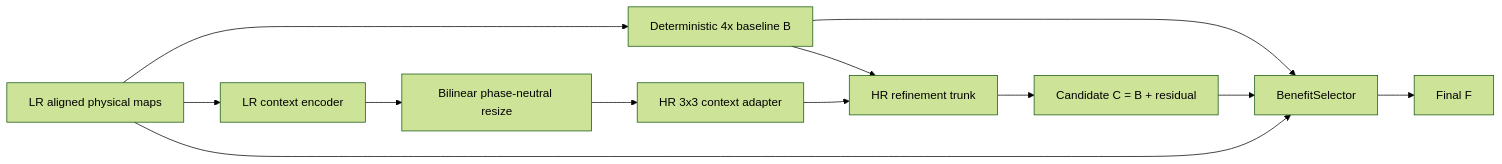
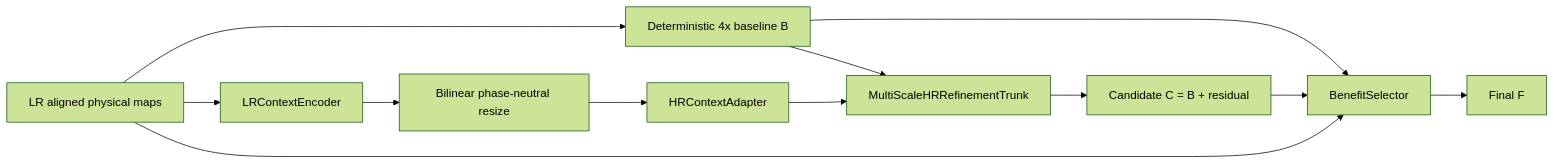
The diagram in tools/nsamdr/README.md (JamieShelley/trinity), drawn with Mermaid (forest theme) before and after one commit. The commit also changed other lines of this file, not shown here.

Commit message:
Document V14.2 OOP multi-scale architecture

````diff
--- a/tools/nsamdr/README.md
+++ b/tools/nsamdr/README.md
@@ -83,14 +101,16 @@
 ```mermaid
 flowchart LR
     LR[LR aligned physical maps] --> B[Deterministic 4x baseline B]
-    LR --> ENC[LR context encoder]
+    LR --> ENC[LRContextEncoder]
     ENC --> RESIZE[Bilinear phase-neutral resize]
-    RESIZE --> ADAPT[HR 3x3 context adapter]
-    B --> HR[HR refinement trunk]
-    ADAPT --> HR
-    HR --> C[Candidate C = B + residual]
+    RESIZE --> ADAPT[HRContextAdapter]
+
+    B --> REF[MultiScaleHRRefinementTrunk]
+    ADAPT --> REF
+    REF --> C[Candidate C = B + residual]
+
     B --> SEL[BenefitSelector]
     C --> SEL
     LR --> SEL
     SEL --> F[Final F]
 ```
````
